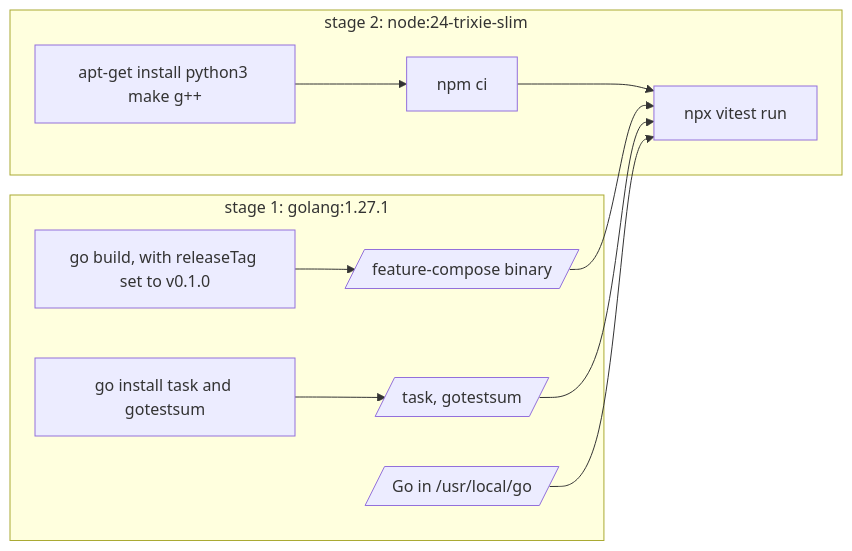
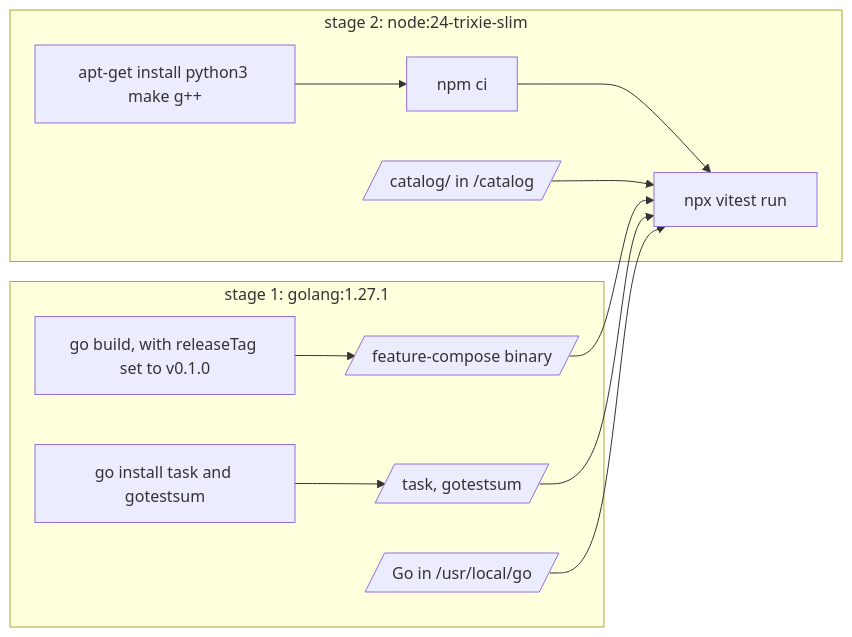
The third of 3 diagrams in docs/e2e-tests.md (hpcsc/feature-compose), drawn with Mermaid before and after one commit. The commit also changed other lines of this file and 18 other files, not shown here.

````diff
--- a/docs/e2e-tests.md
+++ b/docs/e2e-tests.md
@@ -137,15 +139,16 @@
 ```mermaid
 flowchart LR
     subgraph builder["stage 1: golang:1.27.1"]
         G["go build, with releaseTag set to v0.1.0"] --> BIN[/"feature-compose binary"/]
         I["go install task and gotestsum"] --> TOOLS[/"task, gotestsum"/]
         GO[/"Go in /usr/local/go"/]
     end
     subgraph runner["stage 2: node:24-trixie-slim"]
         APT["apt-get install python3 make g++"] --> NPM["npm ci"]
         NPM --> RUN["npx vitest run"]
+        CAT[/"catalog/ in /catalog"/] --> RUN
     end
     BIN --> RUN
     TOOLS --> RUN
     GO --> RUN
 ```
````
